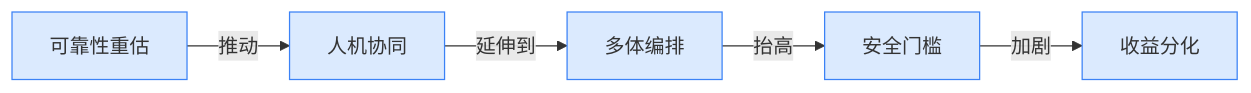
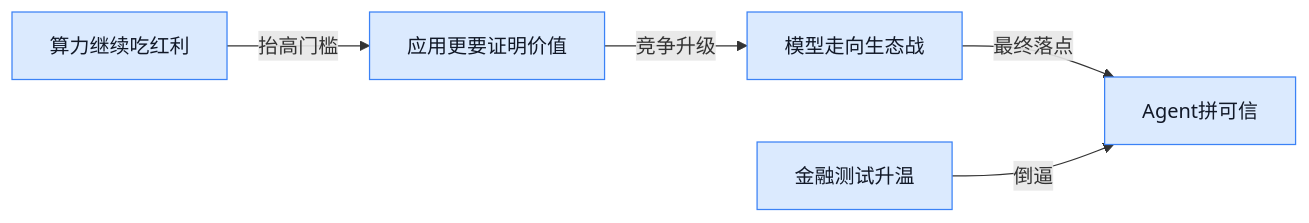
The seventh of 8 diagrams in content/cn/blog/weekly/2026-W16.md (ylzsdafei/ai-daily-site), drawn with Mermaid before and after one commit. The commit also changed other lines of this file and 1 other file, not shown here.

````diff
--- a/content/cn/blog/weekly/2026-W16.md
+++ b/content/cn/blog/weekly/2026-W16.md
@@ -235,9 +226,7 @@
 ```mermaid
 graph LR
-A[可靠性重估] -->|推动| B[人机协同]
-B -->|延伸到| C[多体编排]
-C -->|抬高| D[安全门槛]
-D -->|加剧| E[收益分化]
-classDef blue fill:#dbeafe,stroke:#3b82f6
+A[算力继续吃红利] -->|抬高门槛| B[应用更要证明价值] -->|竞争升级| C[模型走向生态战] -->|最终落点| D[Agent拼可信]
+E[金融测试升温] -->|倒逼| D
+classDef blue fill:#dbeafe,stroke:#3b82f6,color:#111827
 class A,B,C,D,E blue
 ```
````
